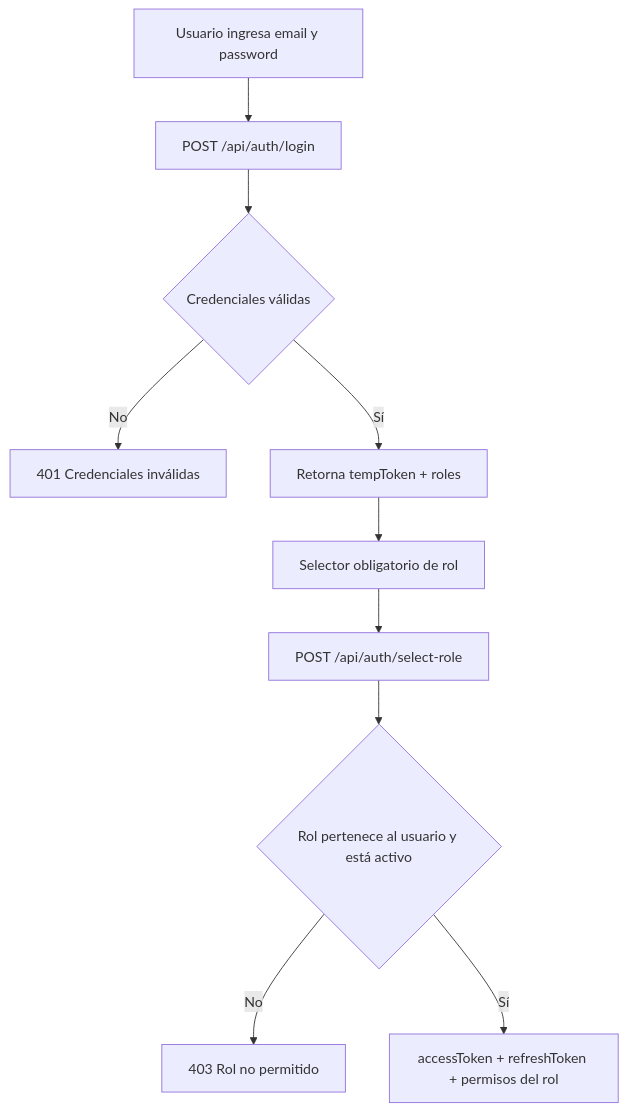
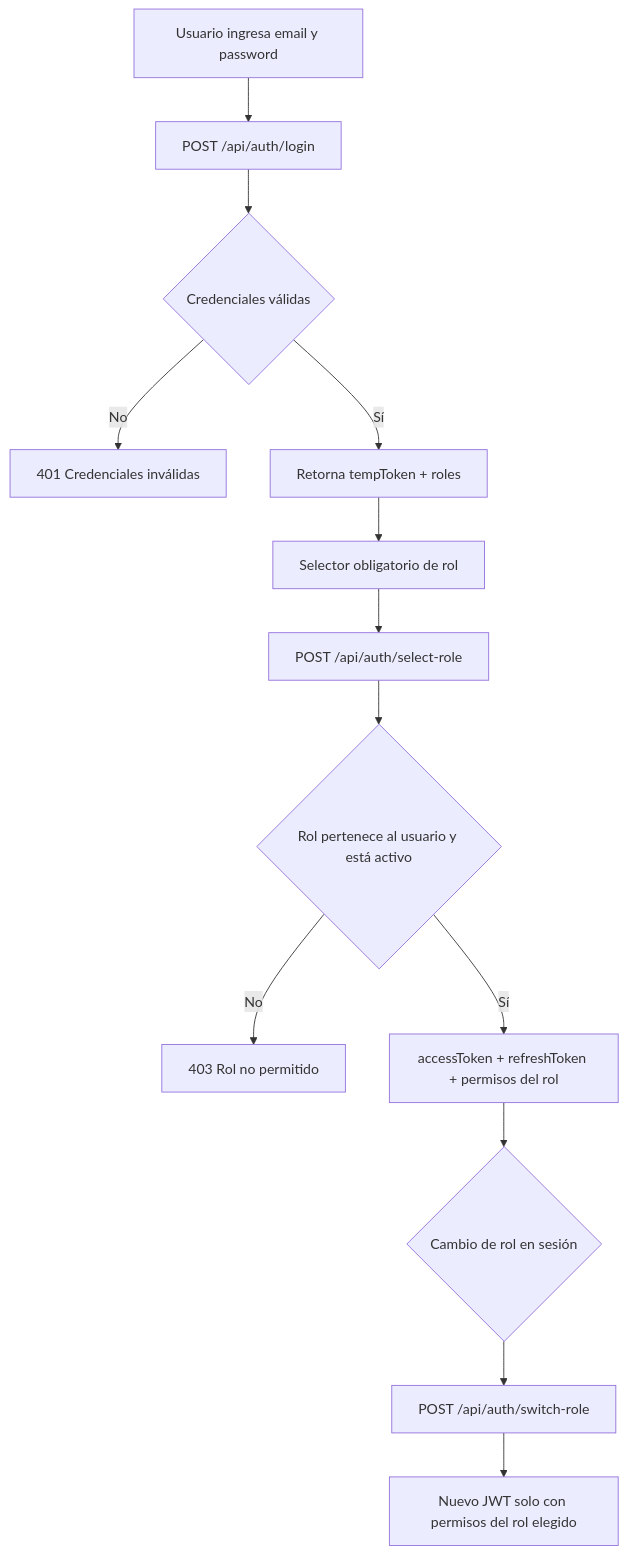
One commit to AlejandroToscan0/ProyectoP3_SWSeguro changed the second of 4 diagrams in README.md. Above: the diagram before and after it, drawn with Mermaid. The commit also changed other lines of this file and 31 other files, not shown here.

First line of the commit message:
feat: módulos con navegación por menús, switch-role y docs

````diff
--- a/README.md
+++ b/README.md
@@ -47,12 +53,15 @@
 ```mermaid
 flowchart TD
     A[Usuario ingresa email y password] --> B[POST /api/auth/login]
     B --> C{Credenciales válidas}
     C -- No --> D[401 Credenciales inválidas]
     C -- Sí --> E[Retorna tempToken + roles]
     E --> F[Selector obligatorio de rol]
     F --> G[POST /api/auth/select-role]
     G --> H{Rol pertenece al usuario y está activo}
     H -- No --> I[403 Rol no permitido]
     H -- Sí --> J[accessToken + refreshToken + permisos del rol]
+    J --> K{Cambio de rol en sesión}
+    K --> L[POST /api/auth/switch-role]
+    L --> M[Nuevo JWT solo con permisos del rol elegido]
 ```
````
